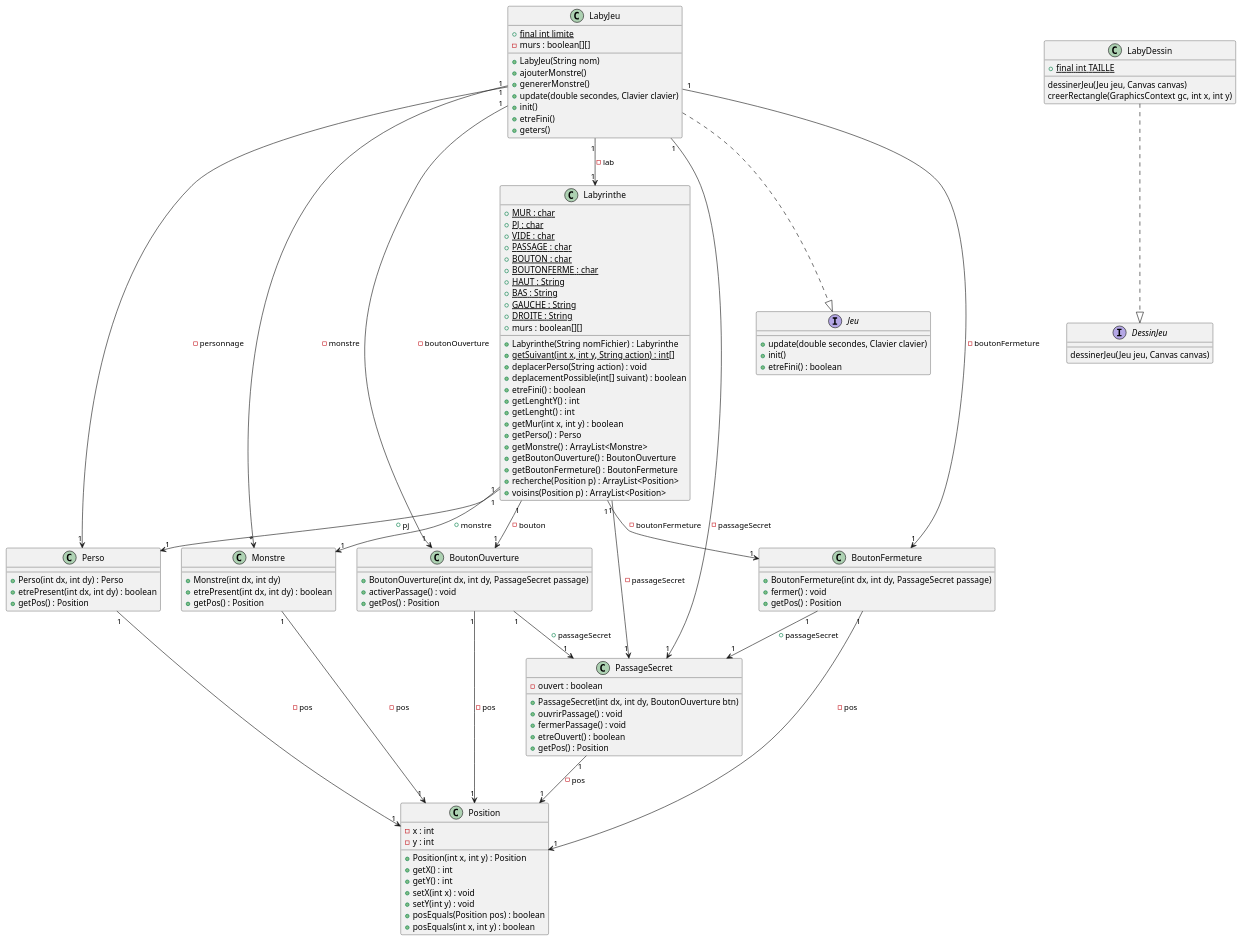
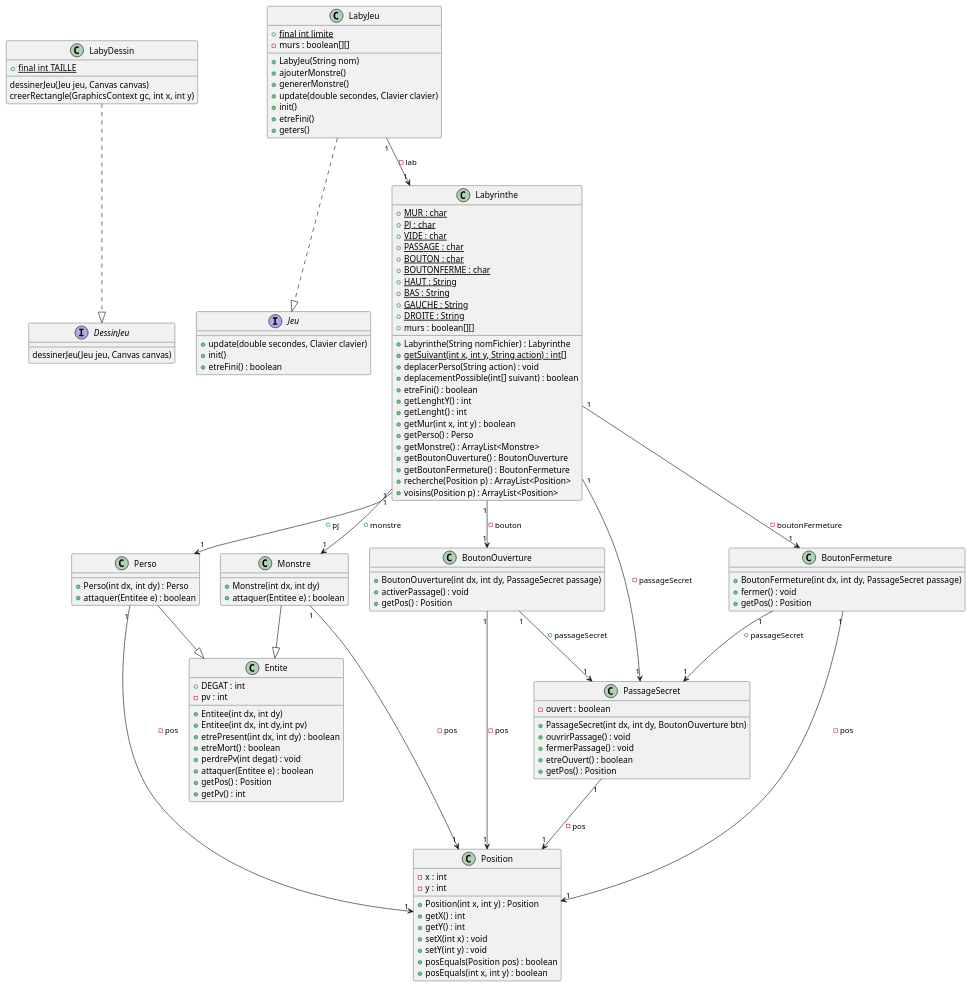
The diagram in documents/version_4/diagClasseV4.puml (Zhi-Sheng-Trieu/2022_Zeldiablo_Doan_Oudin_Trieu_Noel), drawn with PlantUML before and after one commit.

```diff
--- a/documents/version_4/diagClasseV4.puml
+++ b/documents/version_4/diagClasseV4.puml
@@ -1,137 +1,144 @@
 @startuml
 
 'package moteurJeu'
 interface DessinJeu{
     dessinerJeu(Jeu jeu, Canvas canvas)
 }
 
 interface Jeu{
     +update(double secondes, Clavier clavier)
     +init()
     +etreFini() : boolean
 }
 
 
 'package JeuSimple'
 class LabyDessin{
     +{static}final int TAILLE
     dessinerJeu(Jeu jeu, Canvas canvas)
     creerRectangle(GraphicsContext gc, int x, int y)
 }
 
 LabyDessin ..|> DessinJeu
 
 class LabyJeu{
     +{static} final int limite
     -murs : boolean[][]
     +LabyJeu(String nom)
     +ajouterMonstre()
     +genererMonstre()
     +update(double secondes, Clavier clavier)
     +init()
     +etreFini()
     +geters()
 }
 
 LabyJeu ..|> Jeu
-LabyJeu "1"->"1" Perso : -personnage
-LabyJeu "1"->"*" Monstre : -monstre
-LabyJeu "1"->"1" PassageSecret : -passageSecret
-LabyJeu "1"->"1" BoutonOuverture : -boutonOuverture
-LabyJeu "1"->"1" BoutonFermeture : -boutonFermeture
 LabyJeu "1"-->"1" Labyrinthe : -lab
 
 
 'package gameLaby'
 class Labyrinthe{
     {static} +MUR : char
     {static} +PJ : char
     {static} +VIDE : char
     {static} +PASSAGE : char
     {static} +BOUTON : char
     {static} +BOUTONFERME : char
     {static} +HAUT : String
     {static} +BAS : String
     {static} +GAUCHE : String
     {static} +DROITE : String
     +murs : boolean[][]
 
     +Labyrinthe(String nomFichier) : Labyrinthe
     {static}+getSuivant(int x, int y, String action) : int[]
     +deplacerPerso(String action) : void
     +deplacementPossible(int[] suivant) : boolean
     +etreFini() : boolean
     +getLenghtY() : int
     +getLenght() : int
     +getMur(int x, int y) : boolean
     +getPerso() : Perso
     +getMonstre() : ArrayList<Monstre>
     +getBoutonOuverture() : BoutonOuverture
     +getBoutonFermeture() : BoutonFermeture
     +recherche(Position p) : ArrayList<Position>
     +voisins(Position p) : ArrayList<Position>
 
 
 }
 class Perso {
     +Perso(int dx, int dy) : Perso
-    +etrePresent(int dx, int dy) : boolean
-    +getPos() : Position
+    +attaquer(Entitee e) : boolean
 }
 
 class Monstre{
     +Monstre(int dx, int dy)
-    +etrePresent(int dx, int dy) : boolean
-    +getPos() : Position
+    +attaquer(Entitee e) : boolean
 }
 
 class PassageSecret {
     -ouvert : boolean
     +PassageSecret(int dx, int dy, BoutonOuverture btn)
     +ouvrirPassage() : void
     +fermerPassage() : void
     +etreOuvert() : boolean
     +getPos() : Position
 }
 
 class BoutonOuverture {
     +BoutonOuverture(int dx, int dy, PassageSecret passage)
     +activerPassage() : void
     +getPos() : Position
 }
 
 class BoutonFermeture {
     +BoutonFermeture(int dx, int dy, PassageSecret passage)
     +fermer() : void
     +getPos() : Position
 }
 
 class Position {
     -x : int
     -y : int
     +Position(int x, int y) : Position
     +getX() : int
     +getY() : int
     +setX(int x) : void
     +setY(int y) : void
     +posEquals(Position pos) : boolean
     +posEquals(int x, int y) : boolean
 }
 
+class Entite{
+    +DEGAT : int
+    -pv : int
+    +Entitee(int dx, int dy)
+    +Entitee(int dx, int dy,int pv)
+    +etrePresent(int dx, int dy) : boolean
+    +etreMort() : boolean
+    +perdrePv(int degat) : void
+    +attaquer(Entitee e) : boolean
+    +getPos() : Position
+    +getPv() : int
+}
 
 
 Labyrinthe "1"-->"1" Perso : +pj
 Labyrinthe "1"-->"1" Monstre : +monstre
 Labyrinthe "1"-->"1" PassageSecret : -passageSecret
 Labyrinthe "1"-->"1" BoutonOuverture : -bouton
 Labyrinthe "1"-->"1" BoutonFermeture : -boutonFermeture
 BoutonOuverture "1"-->"1" PassageSecret : +passageSecret
 BoutonFermeture "1"-->"1" PassageSecret : +passageSecret
 BoutonFermeture "1"-->"1" Position : -pos
 Perso "1"-->"1" Position : -pos
 Monstre "1"-->"1" Position : -pos
+Perso --|> Entite
+Monstre --|> Entite
 PassageSecret "1"-->"1" Position : -pos
 BoutonOuverture "1"-->"1" Position : -pos
 
 
 @enduml
```
